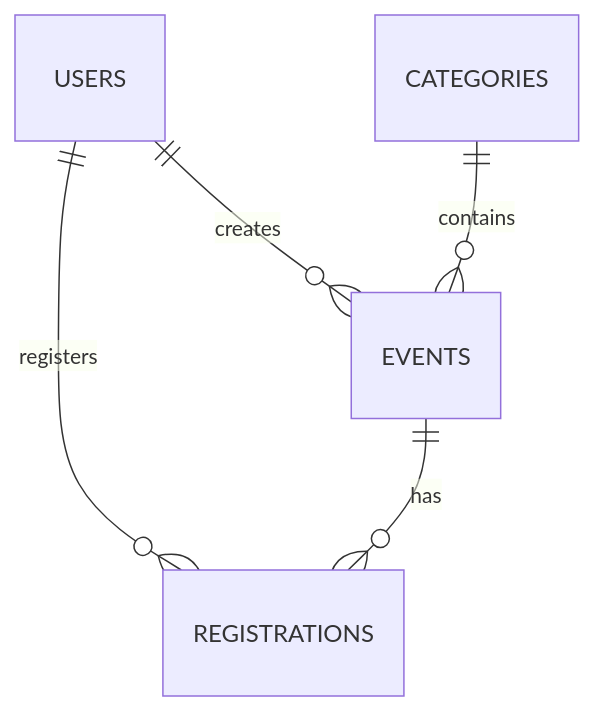
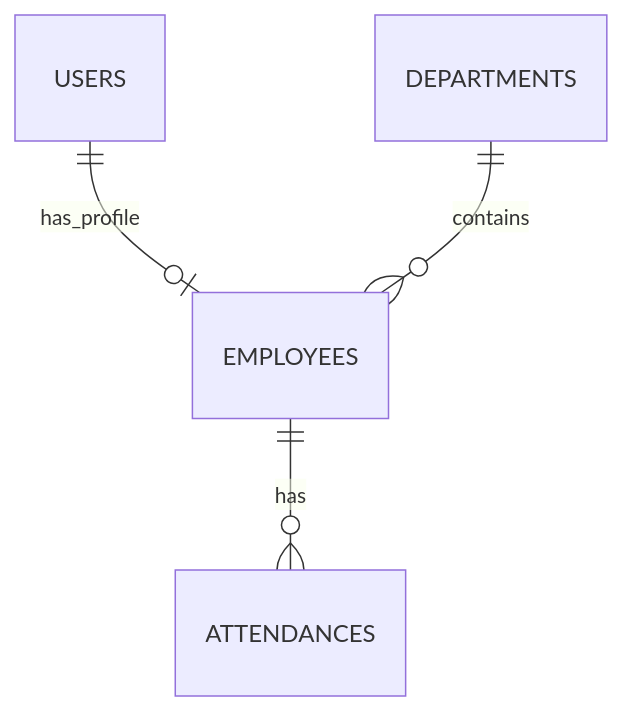
Before and after one commit to Mei-iwi/OpenSource: the third of 3 diagrams in README.md, drawn with Mermaid. The commit also changed other lines of this file and 16 other files, not shown here.

````diff
--- a/README.md
+++ b/README.md
@@ -124,7 +150,6 @@
 ```mermaid
 erDiagram
-    USERS ||--o{ EVENTS : creates
-    CATEGORIES ||--o{ EVENTS : contains
-    USERS ||--o{ REGISTRATIONS : registers
-    EVENTS ||--o{ REGISTRATIONS : has
+    USERS ||--o| EMPLOYEES : has_profile
+    DEPARTMENTS ||--o{ EMPLOYEES : contains
+    EMPLOYEES ||--o{ ATTENDANCES : has
 ```
````
